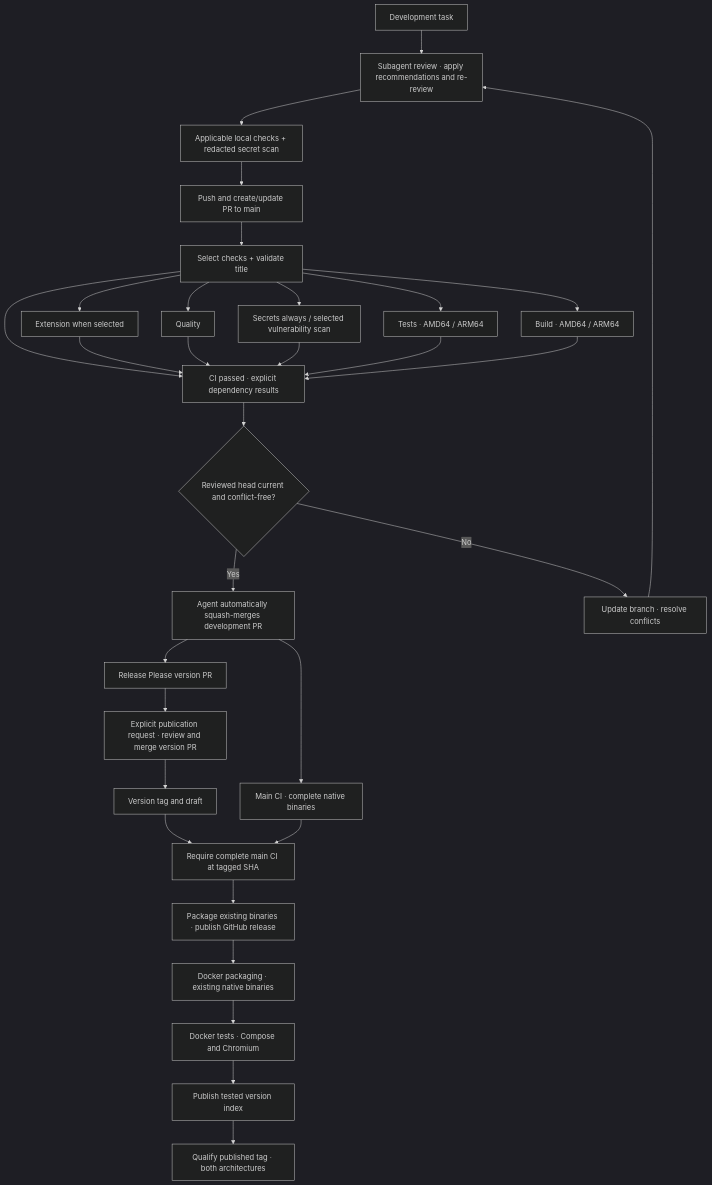
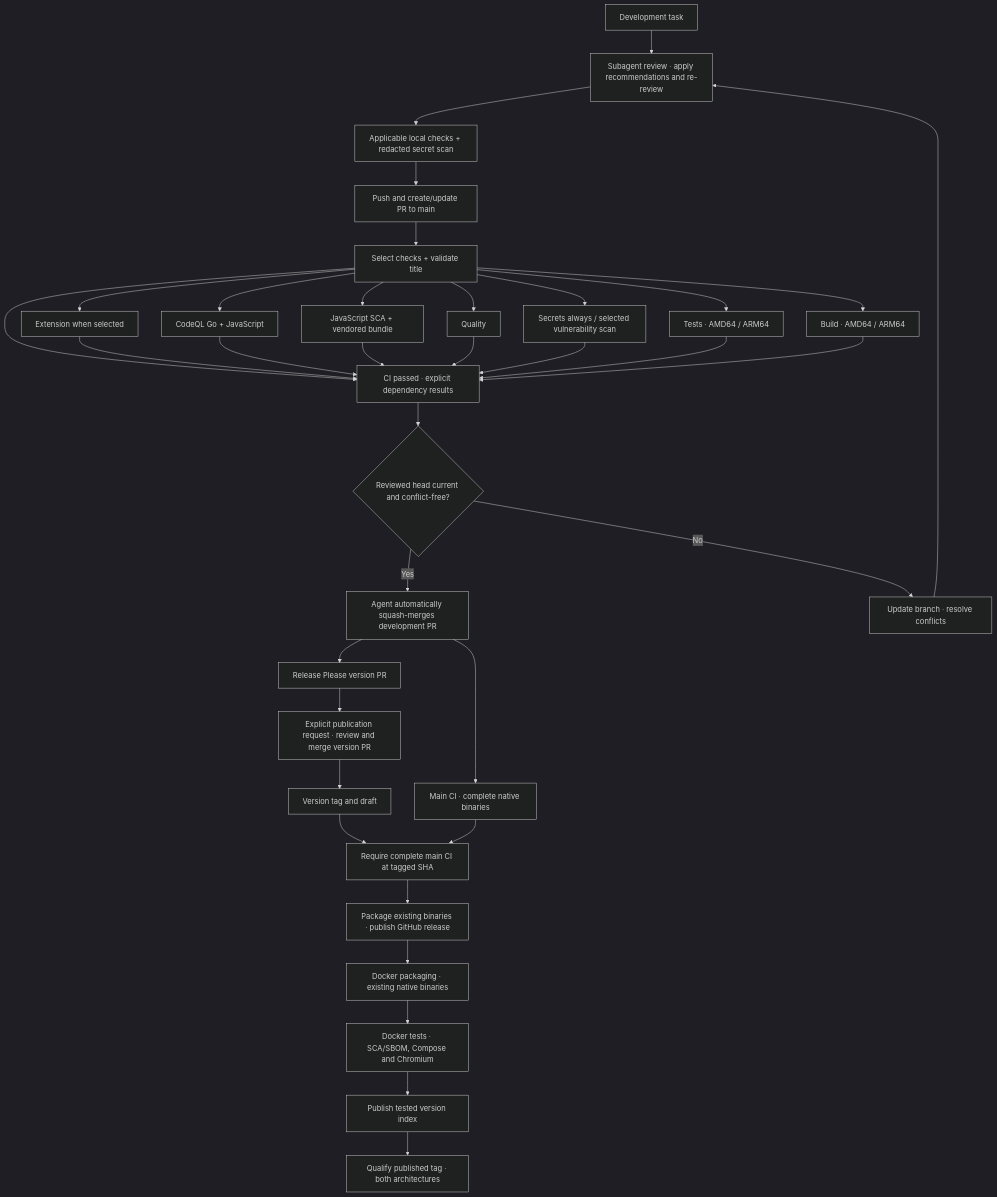
Before and after one commit to theopoc/pocketmark: the diagram in docs/CI.md, drawn with Mermaid (dark theme). The commit also changed other lines of this file and 31 other files, not shown here.

````diff
--- a/docs/CI.md
+++ b/docs/CI.md
@@ -226,33 +263,37 @@
 ```mermaid
 flowchart TD
     DEV["Development task"] --> REVIEW["Subagent review · apply recommendations and re-review"]
     REVIEW --> LOCAL["Applicable local checks + redacted secret scan"]
     LOCAL --> PR["Push and create/update PR to main"]
     PR --> PLAN["Select checks + validate title"]
     PLAN --> Q["Quality"]
     PLAN --> EXT["Extension when selected"]
     PLAN --> G["CI passed · explicit dependency results"]
     EXT --> G
     PLAN --> S["Secrets always / selected vulnerability scan"]
+    PLAN --> SA["CodeQL Go + JavaScript"]
+    PLAN --> SC["JavaScript SCA + vendored bundle"]
+    SA --> G
+    SC --> G
     PLAN --> T["Tests · AMD64 / ARM64"]
     PLAN --> B["Build · AMD64 / ARM64"]
     Q --> G
     S --> G
     T --> G
     B --> G
     G --> HEAD{"Reviewed head current and conflict-free?"}
     HEAD -->|Yes| M["Agent automatically squash-merges development PR"]
     HEAD -->|No| UPDATE["Update branch · resolve conflicts"]
     UPDATE --> REVIEW
     M --> CI["Main CI · complete native binaries"]
     M --> RP["Release Please version PR"]
     RP --> R["Explicit publication request · review and merge version PR"]
     R --> TAG["Version tag and draft"]
     TAG --> WAIT["Require complete main CI at tagged SHA"]
     CI --> WAIT
     WAIT --> PUB["Package existing binaries · publish GitHub release"]
     PUB --> DB["Docker packaging · existing native binaries"]
-    DB --> DT["Docker tests · Compose and Chromium"]
+    DB --> DT["Docker tests · SCA/SBOM, Compose and Chromium"]
     DT --> DP["Publish tested version index"]
     DP --> V["Qualify published tag · both architectures"]
 ```
````
